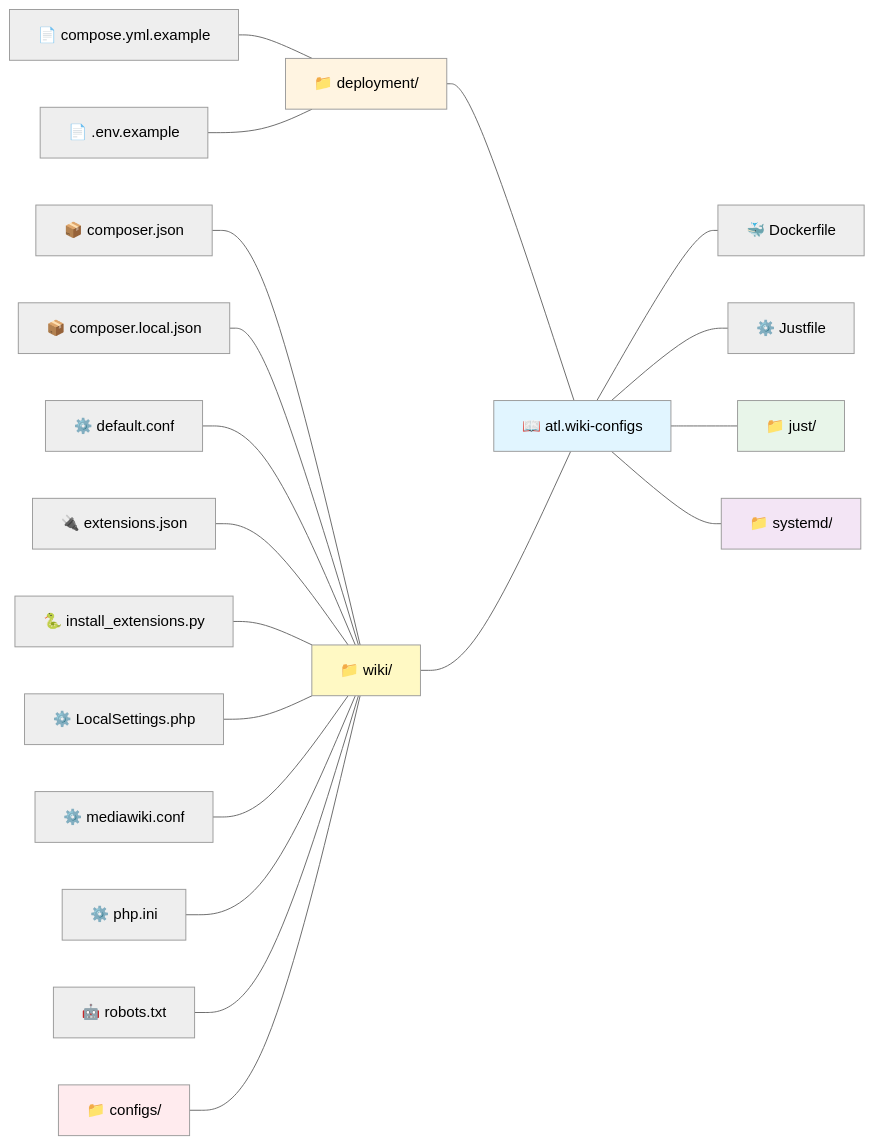
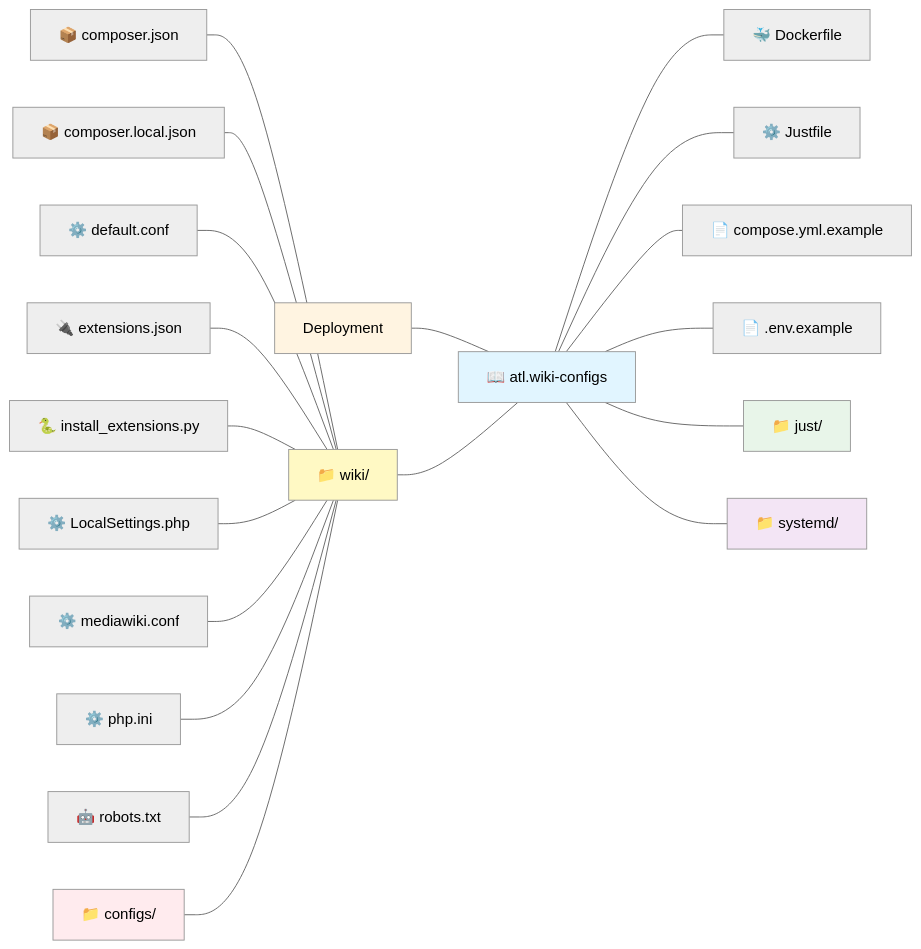
Before and after one commit to allthingslinux/atl-wiki: the diagram in README.md, drawn with Mermaid (neutral theme). The commit also changed other lines of this file and 6 other files, not shown here.

````diff
--- a/README.md
+++ b/README.md
@@ -109,49 +109,44 @@
 ```mermaid
 graph LR
-    ComposeExample["📄 compose.yml.example"]
-    EnvExample["📄 .env.example"]
-    Deployment["📁 deployment/"]
-
-    ComposeExample --- Deployment
-    EnvExample --- Deployment
-
     ComposerJson["📦 composer.json"]
     ComposerLocal["📦 composer.local.json"]
     DefaultConf["⚙️ default.conf"]
     ExtensionsJson["🔌 extensions.json"]
     InstallPy["🐍 install_extensions.py"]
     LocalSettings["⚙️ LocalSettings.php"]
     MediawikiConf["⚙️ mediawiki.conf"]
     PhpIni["⚙️ php.ini"]
     Robots["🤖 robots.txt"]
     Configs["📁 configs/"]
     Wiki["📁 wiki/"]
 
     ComposerJson --- Wiki
     ComposerLocal --- Wiki
     DefaultConf --- Wiki
     ExtensionsJson --- Wiki
     InstallPy --- Wiki
     LocalSettings --- Wiki
     MediawikiConf --- Wiki
     PhpIni --- Wiki
     Robots --- Wiki
     Configs --- Wiki
 
     Root["📖 atl.wiki-configs"]
 
     Deployment --- Root
     Wiki --- Root
 
     Root --- Dockerfile["🐳 Dockerfile"]
     Root --- Justfile["⚙️ Justfile"]
+    Root --- ComposeExample["📄 compose.yml.example"]
+    Root --- EnvExample["📄 .env.example"]
     Root --- Just["📁 just/"]
     Root --- Systemd["📁 systemd/"]
 
     style Root fill:#e1f5ff
     style Deployment fill:#fff4e1
     style Just fill:#e8f5e9
     style Systemd fill:#f3e5f5
     style Wiki fill:#fff9c4
     style Configs fill:#ffebee
 ```
````
